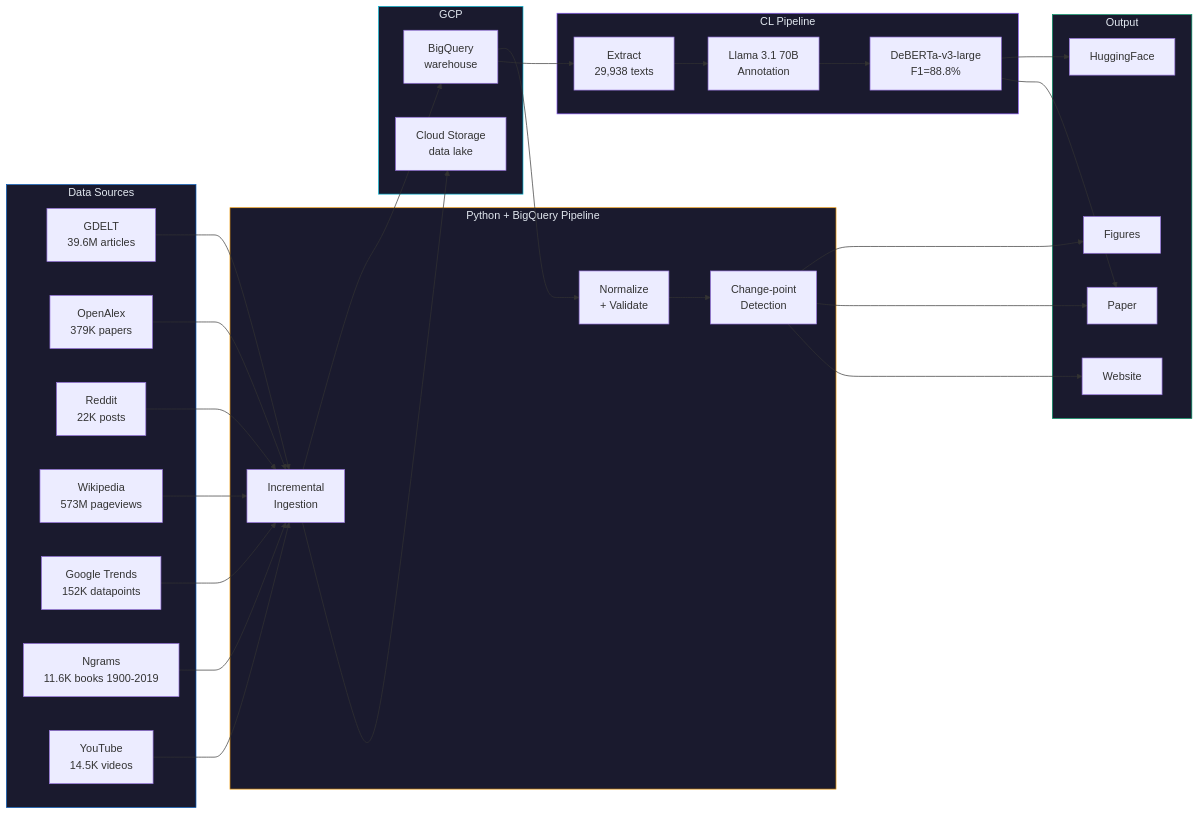
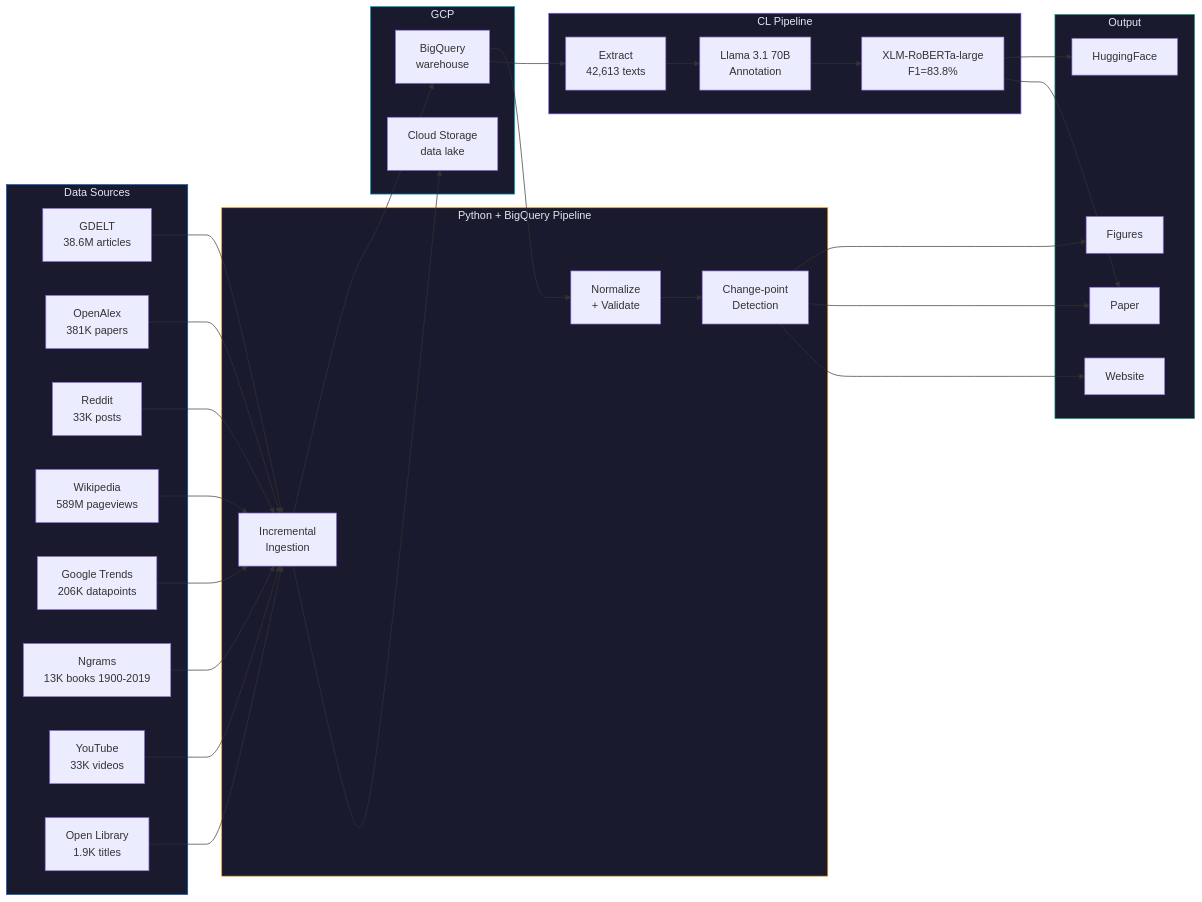
The diagram in README.md (IvanDobrovolsky/kyivnotkiev), drawn with Mermaid before and after one commit. The commit also changed other lines of this file and 9 other files, not shown here.

````diff
--- a/README.md
+++ b/README.md
@@ -37,49 +37,50 @@
 ```mermaid
 graph LR
     subgraph Sources["Data Sources"]
         style Sources fill:#1a1a2e,stroke:#0057B8,color:#e2e8f0
-        GDELT["GDELT<br/>39.6M articles"]
-        OA["OpenAlex<br/>379K papers"]
-        Reddit["Reddit<br/>22K posts"]
-        Wiki["Wikipedia<br/>573M pageviews"]
-        Trends["Google Trends<br/>152K datapoints"]
-        Ngrams["Ngrams<br/>11.6K books 1900-2019"]
-        YT["YouTube<br/>14.5K videos"]
+        GDELT["GDELT<br/>38.6M articles"]
+        OA["OpenAlex<br/>381K papers"]
+        Reddit["Reddit<br/>33K posts"]
+        Wiki["Wikipedia<br/>589M pageviews"]
+        Trends["Google Trends<br/>206K datapoints"]
+        Ngrams["Ngrams<br/>13K books 1900-2019"]
+        YT["YouTube<br/>33K videos"]
+        OL["Open Library<br/>1.9K titles"]
     end
 
     subgraph Pipeline["Python + BigQuery Pipeline"]
         style Pipeline fill:#1a1a2e,stroke:#f59e0b,color:#e2e8f0
         Ingest["Incremental<br/>Ingestion"]
         Transform["Normalize<br/>+ Validate"]
         Analyze["Change-point<br/>Detection"]
     end
 
     subgraph CL["CL Pipeline"]
         style CL fill:#1a1a2e,stroke:#8b5cf6,color:#e2e8f0
-        Extract["Extract<br/>29,938 texts"]
+        Extract["Extract<br/>42,613 texts"]
         Annotate["Llama 3.1 70B<br/>Annotation"]
-        Finetune["DeBERTa-v3-large<br/>F1=88.8%"]
+        Finetune["XLM-RoBERTa-large<br/>F1=83.8%"]
     end
 
     subgraph Storage["GCP"]
         style Storage fill:#1a1a2e,stroke:#06b6d4,color:#e2e8f0
         BQ["BigQuery<br/>warehouse"]
         GCS["Cloud Storage<br/>data lake"]
     end
 
     subgraph Output["Output"]
         style Output fill:#1a1a2e,stroke:#059669,color:#e2e8f0
         Figures["Figures"]
         Paper["Paper"]
         Web["Website"]
         HF["HuggingFace"]
     end
 
-    GDELT & OA & Reddit & Wiki & Trends & Ngrams & YT --> Ingest
+    GDELT & OA & Reddit & Wiki & Trends & Ngrams & YT & OL --> Ingest
     Ingest --> BQ
     Ingest --> GCS
     BQ --> Transform --> Analyze
     BQ --> Extract --> Annotate --> Finetune
     Analyze --> Figures & Paper & Web
     Finetune --> HF & Paper
 ```
````
